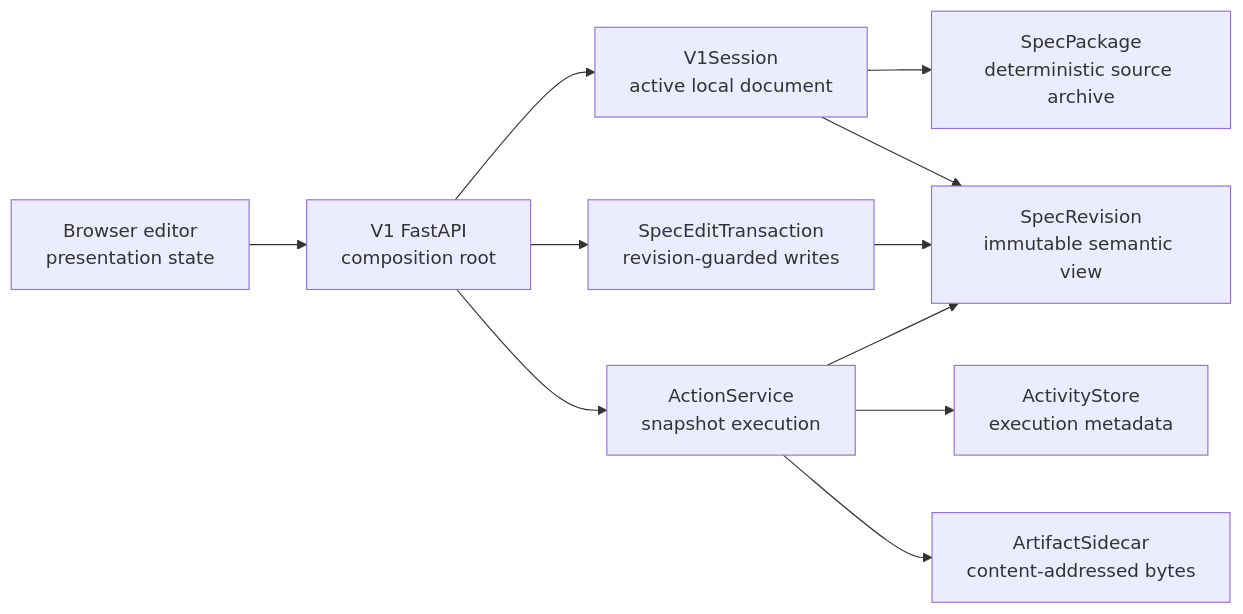
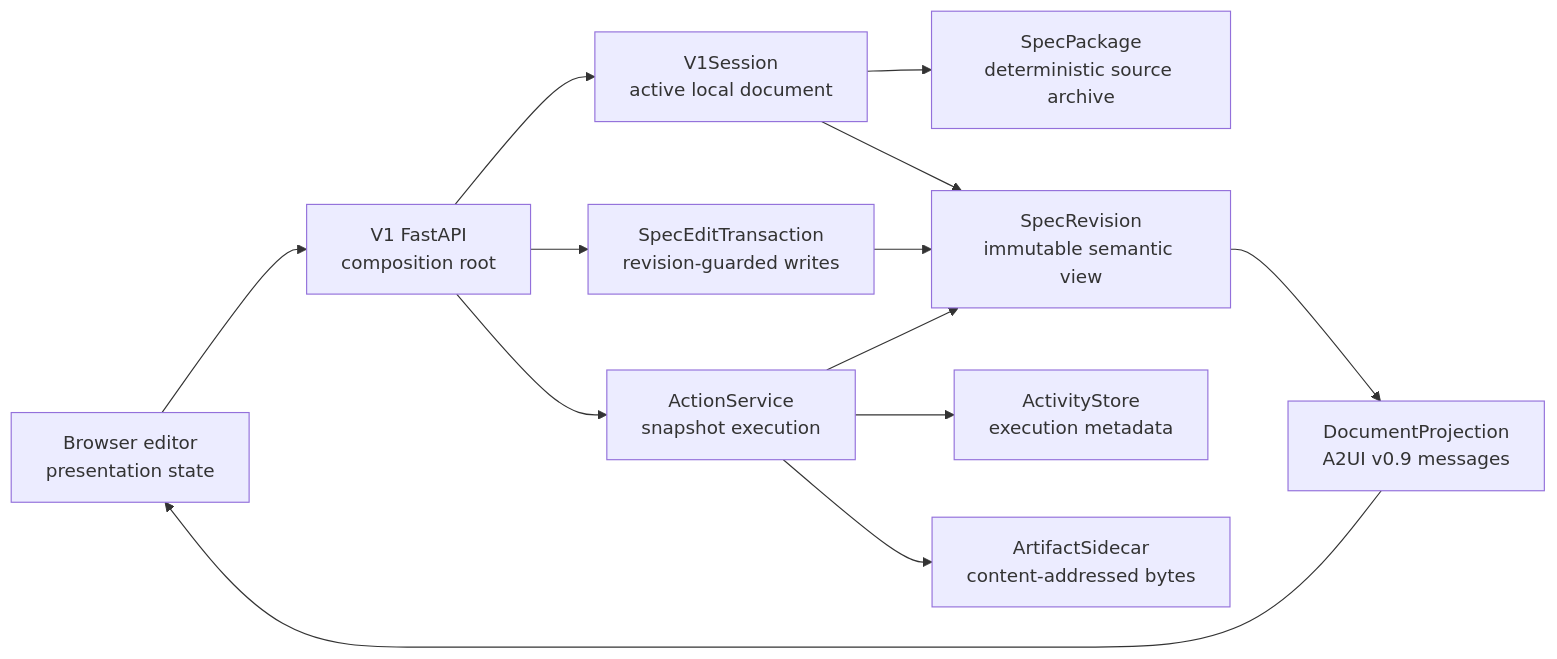
One commit to ankdesh/spec2gds changed the diagram in docs/agent_spec_architecture.md. Above: the diagram before and after it, drawn with Mermaid. The commit also changed other lines of this file and 36 other files, not shown here.

````diff
--- a/docs/agent_spec_architecture.md
+++ b/docs/agent_spec_architecture.md
@@ -20,13 +20,15 @@
 ```mermaid
 flowchart LR
   Browser["Browser editor\npresentation state"] --> API["V1 FastAPI\ncomposition root"]
   API --> Session["V1Session\nactive local document"]
   Session --> Package["SpecPackage\ndeterministic source archive"]
   Session --> Revision["SpecRevision\nimmutable semantic view"]
+  Revision --> Projection["DocumentProjection\nA2UI v0.9 messages"]
+  Projection --> Browser
   API --> Transactions["SpecEditTransaction\nrevision-guarded writes"]
   Transactions --> Revision
   API --> Actions["ActionService\nsnapshot execution"]
   Actions --> Revision
   Actions --> Activity["ActivityStore\nexecution metadata"]
   Actions --> Sidecar["ArtifactSidecar\ncontent-addressed bytes"]
 ```
````
